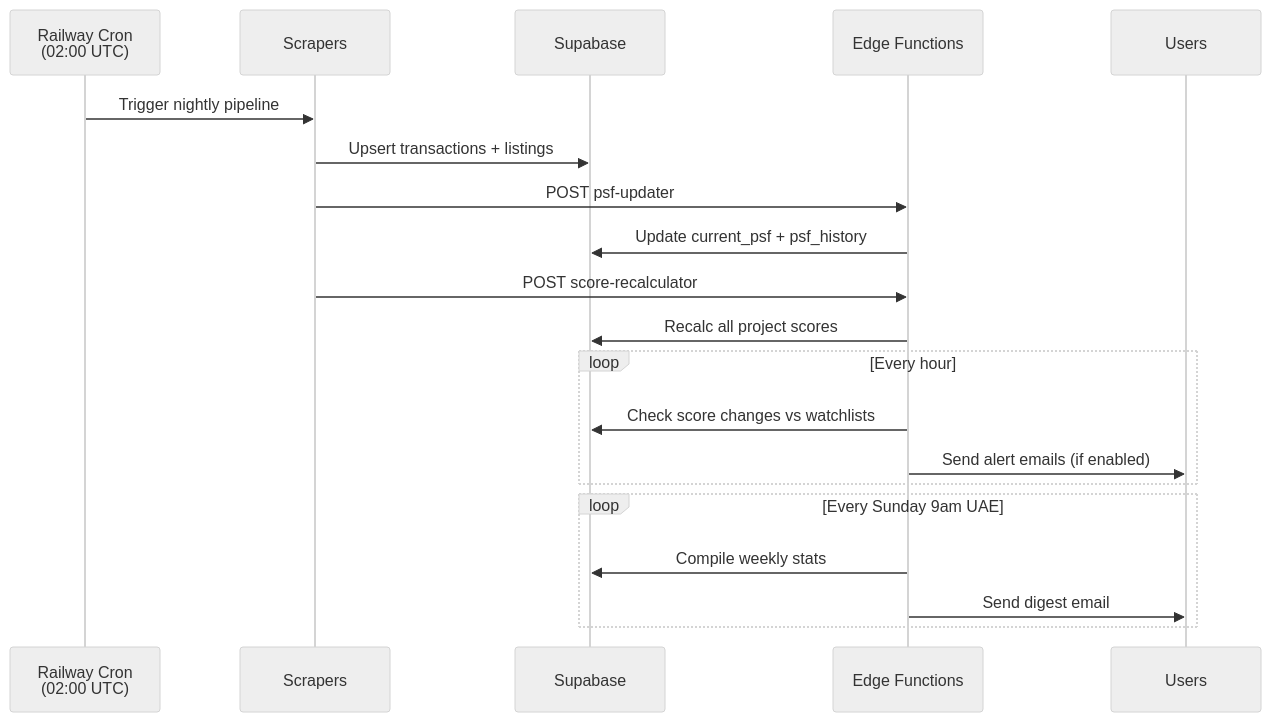
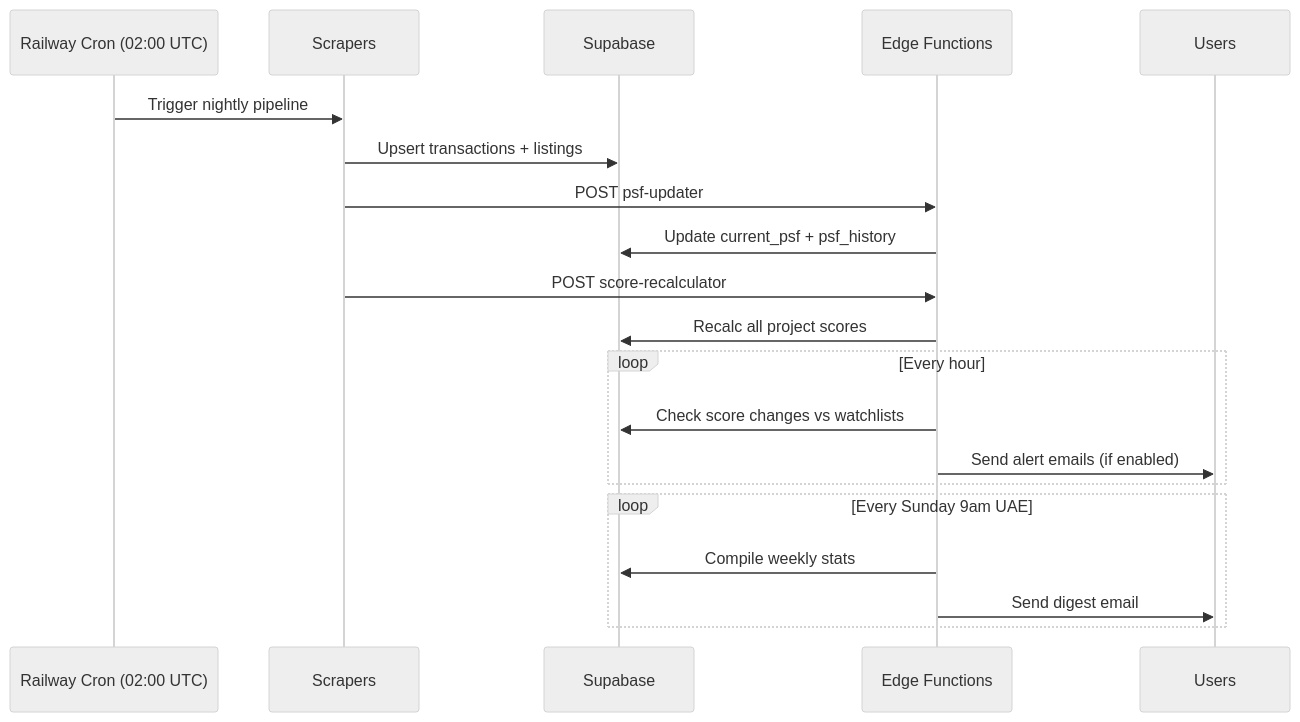
One commit to vishalm/OffplanIQ changed the second of 6 diagrams in README.md. Above: the diagram before and after it, drawn with Mermaid (neutral theme). The commit also changed other lines of this file and 5 other files, not shown here.

First line of the commit message:
Fix Mermaid diagrams across all docs for GitHub rendering

````diff
--- a/README.md
+++ b/README.md
@@ -123,25 +125,25 @@
 ```mermaid
 sequenceDiagram
-    participant R as Railway Cron<br/>(02:00 UTC)
+    participant R as Railway Cron (02:00 UTC)
     participant S as Scrapers
     participant DB as Supabase
     participant EF as Edge Functions
     participant U as Users
 
     R->>S: Trigger nightly pipeline
     S->>DB: Upsert transactions + listings
     S->>EF: POST psf-updater
     EF->>DB: Update current_psf + psf_history
     S->>EF: POST score-recalculator
     EF->>DB: Recalc all project scores
 
     loop Every hour
         EF->>DB: Check score changes vs watchlists
         EF->>U: Send alert emails (if enabled)
     end
 
     loop Every Sunday 9am UAE
         EF->>DB: Compile weekly stats
         EF->>U: Send digest email
     end
 ```
````
